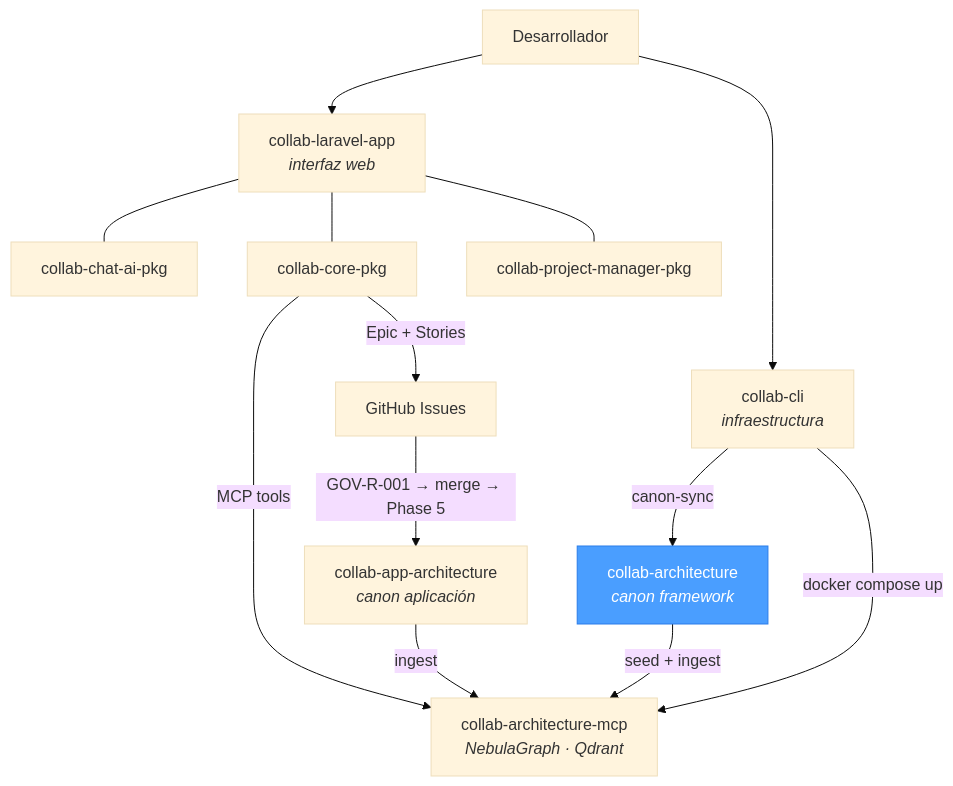
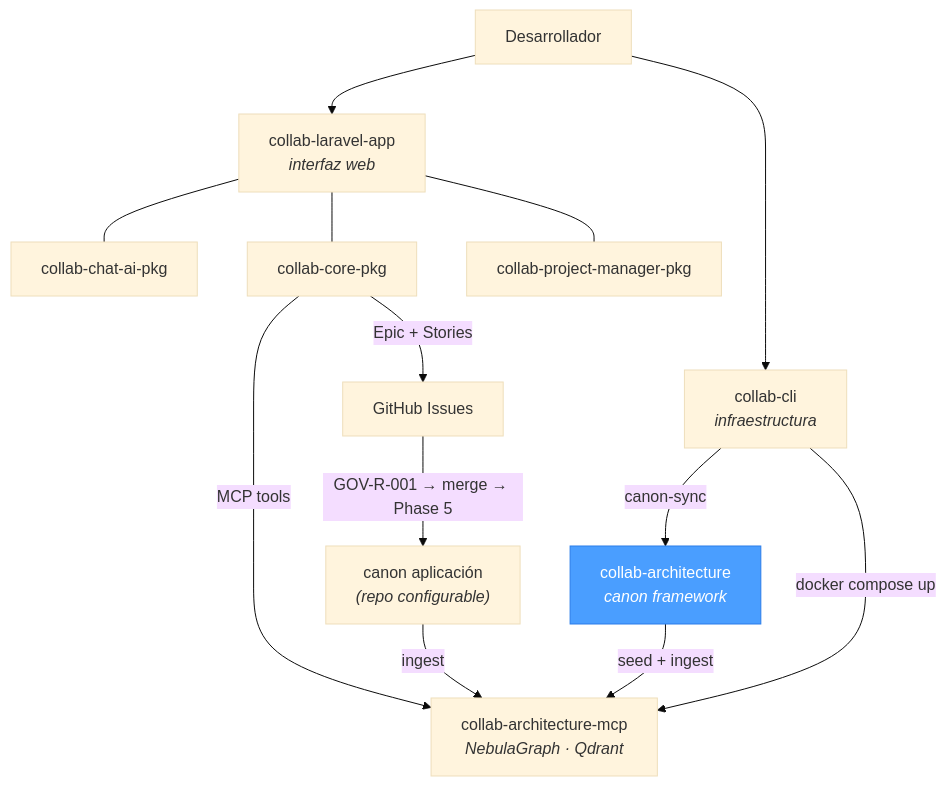
The diagram in README.md (uxmaltech/collab-architecture), drawn with Mermaid (base theme) before and after one commit. The commit also changed 1 other file, not shown here.

Commit message:
docs: remove collab-app-architecture references from framework canon
collab-architecture MUST remain agnostic to business/application repos.
Diagrams and ADR-006 now show "canon aplicación (repo configurable)"
instead of referencing a specific repo name.

````diff
--- a/README.md
+++ b/README.md
@@ -16,20 +16,20 @@
 ```mermaid
 graph TD
     DEV[Desarrollador] --> APP[collab-laravel-app<br><i>interfaz web</i>]
     DEV --> CLI[collab-cli<br><i>infraestructura</i>]
 
     APP --- CHAT[collab-chat-ai-pkg]
     APP --- CORE[collab-core-pkg]
     APP --- PM[collab-project-manager-pkg]
 
     CLI -- canon-sync --> CA[collab-architecture<br><i>canon framework</i>]
     CLI -- docker compose up --> MCP[collab-architecture-mcp<br><i>NebulaGraph · Qdrant</i>]
     CA -- seed + ingest --> MCP
 
     CORE -- MCP tools --> MCP
     CORE -- "Epic + Stories" --> GH[GitHub Issues]
-    GH -- "GOV-R-001 → merge → Phase 5" --> BCA[collab-app-architecture<br><i>canon aplicación</i>]
+    GH -- "GOV-R-001 → merge → Phase 5" --> BCA["canon aplicación<br><i>(repo configurable)</i>"]
     BCA -- ingest --> MCP
 
     style CA fill:#4a9eff,stroke:#2b7de9,color:#fff
 ```
````
